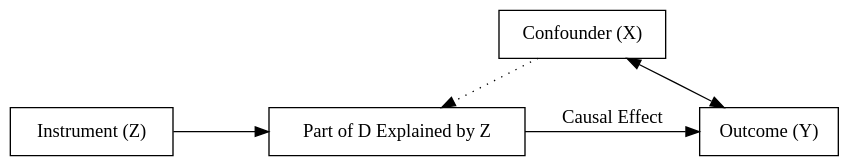
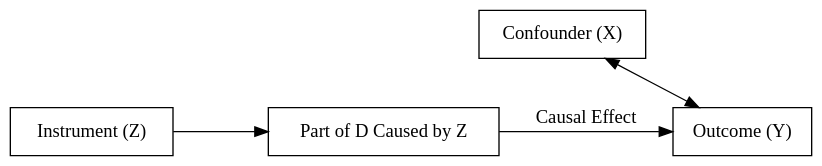
Before and after one commit to kevinli03/causal: the second of 5 diagrams in iv1.qmd, drawn with Graphviz. The commit also changed other lines of this file and 8 other files, not shown here.

````diff
--- a/iv1.qmd
+++ b/iv1.qmd
@@ -79,21 +51,21 @@
 ```{dot}
 //| fig-width: 4.1
 //| fig-height: 1
 digraph example2 {
   bgcolor="transparent";
   // Nodes
-  D [shape=box, pos = "0,0!", label="Part of D Explained by Z"]
+  D [shape=box, pos = "0,0!", label="Part of D Caused by Z"]
   Y [shape=box, pos = "1,-1!", label="Outcome (Y)"]
   I [shape=box, pos = "1,-1!", label="Instrument (Z)"]
   X [shape=box, pos = "2,0!", label="Confounder (X)"]
 
   // Edges
   {rank=same; D -> Y [label="Causal Effect"]}
   {rank=same; I -> D}
-  X -> D [style = dotted]
+  X -> D [style = invis]
   X -> Y [dir=both]
   
   graph [nodesep=0.5, ranksep=0.5]
 }
 
 ```
````
